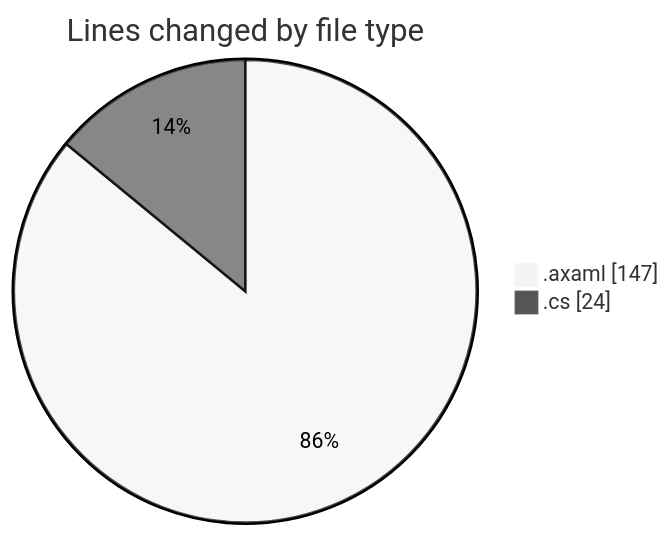
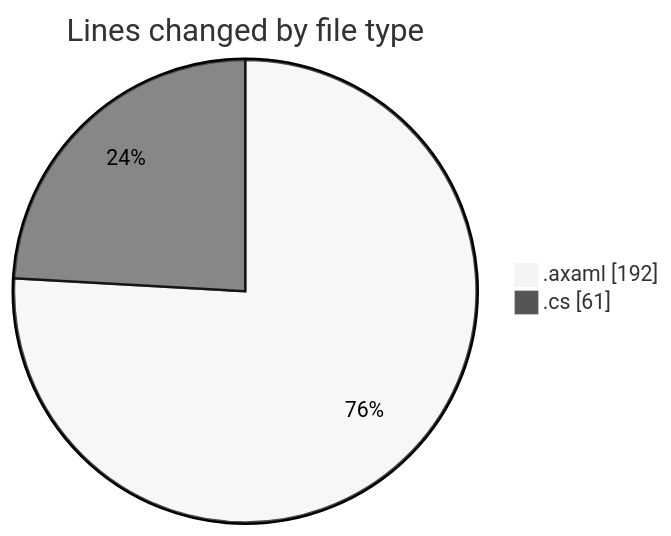
One commit to Netris89/code-tracking changed the first of 2 diagrams in 2025-10-25/skintrack/README.md. Above: the diagram before and after it, drawn with Mermaid (neutral theme). The commit also changed other lines of this file and 1 other file, not shown here.

````diff
--- a/2025-10-25/skintrack/README.md
+++ b/2025-10-25/skintrack/README.md
@@ -22,6 +23,6 @@
 ```mermaid
 pie showData
 title Lines changed by file type
-".axaml" : 147
-".cs" : 24
+".axaml" : 192
+".cs" : 61
 ```
````
